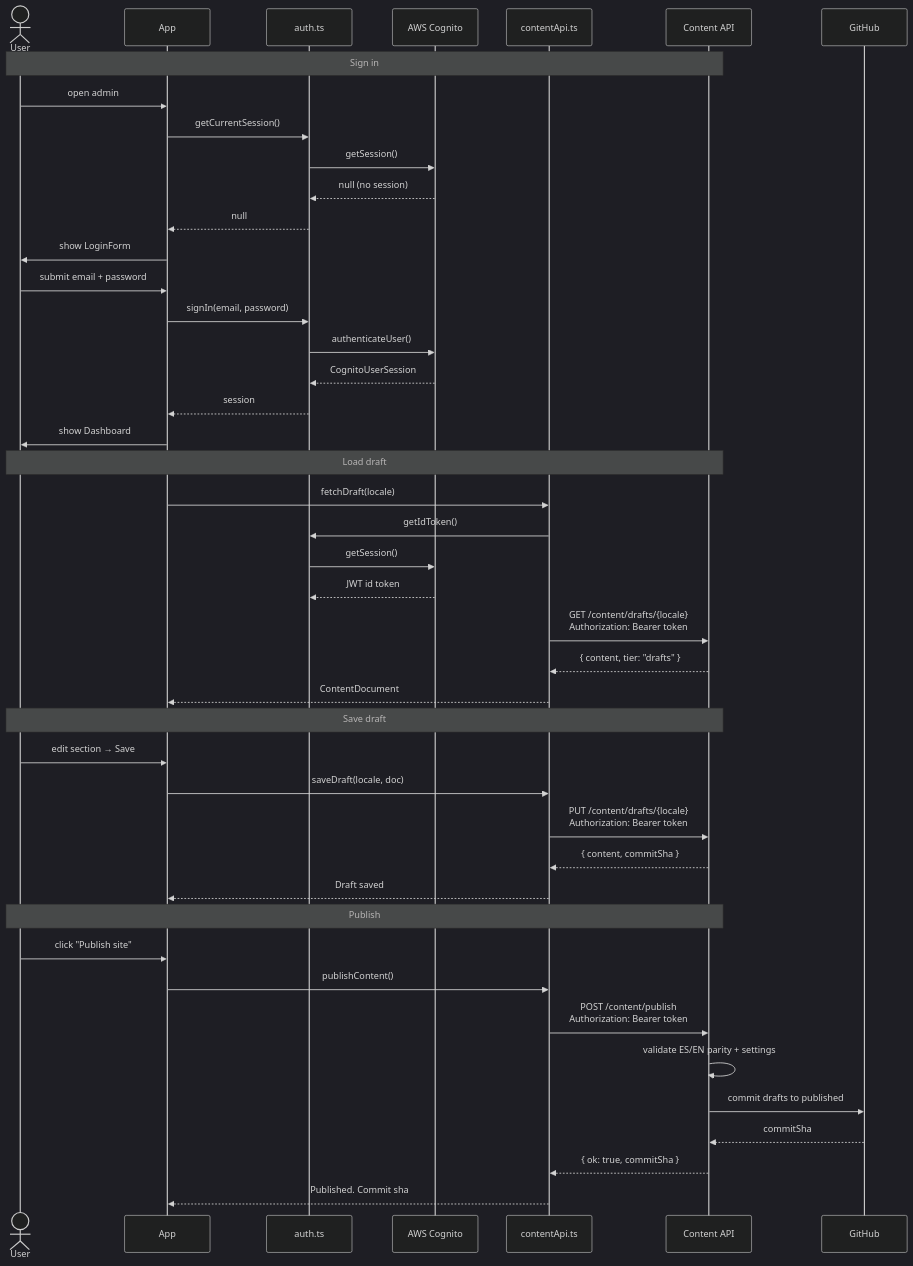
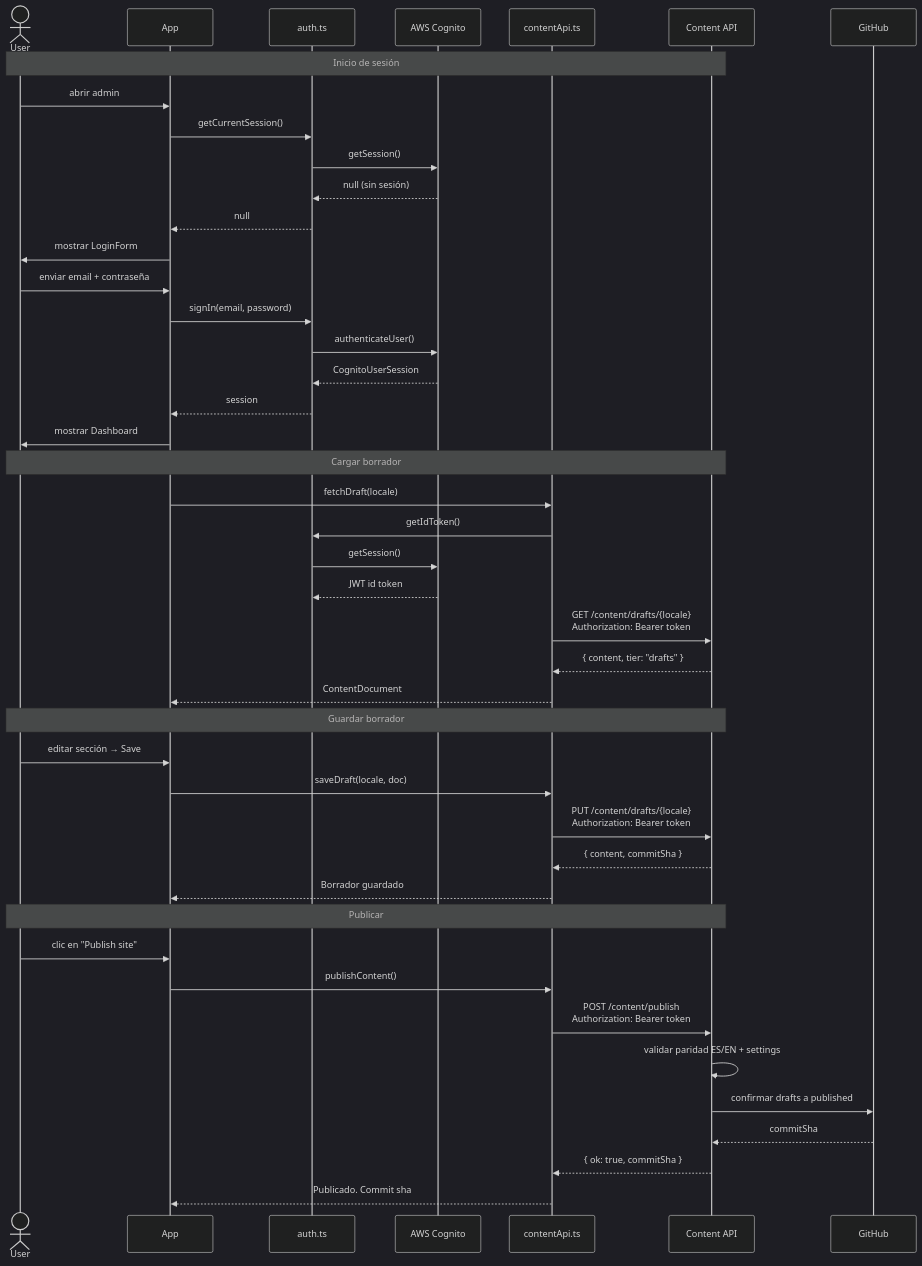
One commit to Bonae-Tech/bonae-tech changed the second of 2 diagrams in apps/admin/README.md. Above: the diagram before and after it, drawn with Mermaid (dark theme). The commit also changed other lines of this file and 43 other files, not shown here.

````diff
--- a/apps/admin/README.md
+++ b/apps/admin/README.md
@@ -95,49 +95,49 @@
 ```mermaid
 sequenceDiagram
     actor User
     participant App
     participant Auth as auth.ts
     participant Cognito as AWS Cognito
     participant API as contentApi.ts
     participant Backend as Content API
 
-    Note over User,Backend: Sign in
-    User->>App: open admin
+    Note over User,Backend: Inicio de sesión
+    User->>App: abrir admin
     App->>Auth: getCurrentSession()
     Auth->>Cognito: getSession()
-    Cognito-->>Auth: null (no session)
+    Cognito-->>Auth: null (sin sesión)
     Auth-->>App: null
-    App->>User: show LoginForm
-    User->>App: submit email + password
+    App->>User: mostrar LoginForm
+    User->>App: enviar email + contraseña
     App->>Auth: signIn(email, password)
     Auth->>Cognito: authenticateUser()
     Cognito-->>Auth: CognitoUserSession
     Auth-->>App: session
-    App->>User: show Dashboard
+    App->>User: mostrar Dashboard
 
-    Note over User,Backend: Load draft
+    Note over User,Backend: Cargar borrador
     App->>API: fetchDraft(locale)
     API->>Auth: getIdToken()
     Auth->>Cognito: getSession()
     Cognito-->>Auth: JWT id token
     API->>Backend: GET /content/drafts/{locale}<br/>Authorization: Bearer token
     Backend-->>API: { content, tier: "drafts" }
     API-->>App: ContentDocument
 
-    Note over User,Backend: Save draft
-    User->>App: edit section → Save
+    Note over User,Backend: Guardar borrador
+    User->>App: editar sección → Save
     App->>API: saveDraft(locale, doc)
     API->>Backend: PUT /content/drafts/{locale}<br/>Authorization: Bearer token
     Backend-->>API: { content, commitSha }
-    API-->>App: Draft saved
+    API-->>App: Borrador guardado
 
-    Note over User,Backend: Publish
-    User->>App: click "Publish site"
+    Note over User,Backend: Publicar
+    User->>App: clic en "Publish site"
     App->>API: publishContent()
     API->>Backend: POST /content/publish<br/>Authorization: Bearer token
-    Backend->>Backend: validate ES/EN parity + settings
-    Backend->>GitHub: commit drafts to published
+    Backend->>Backend: validar paridad ES/EN + settings
+    Backend->>GitHub: confirmar drafts a published
     GitHub-->>Backend: commitSha
     Backend-->>API: { ok: true, commitSha }
-    API-->>App: Published. Commit sha
+    API-->>App: Publicado. Commit sha
 ```
````
